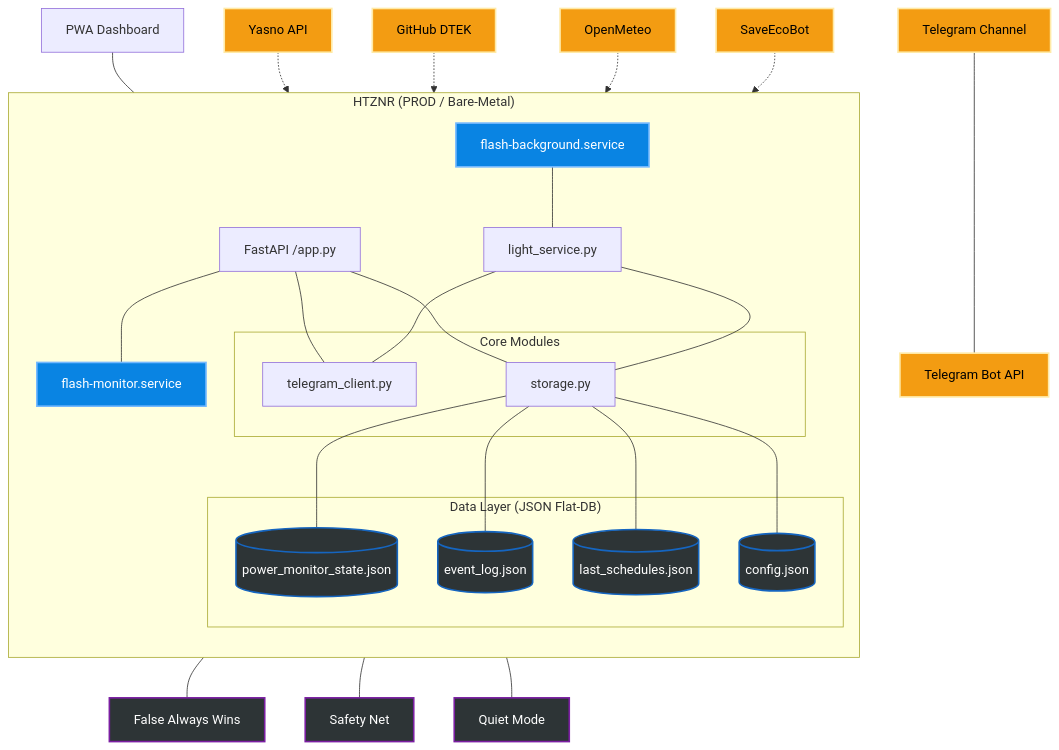
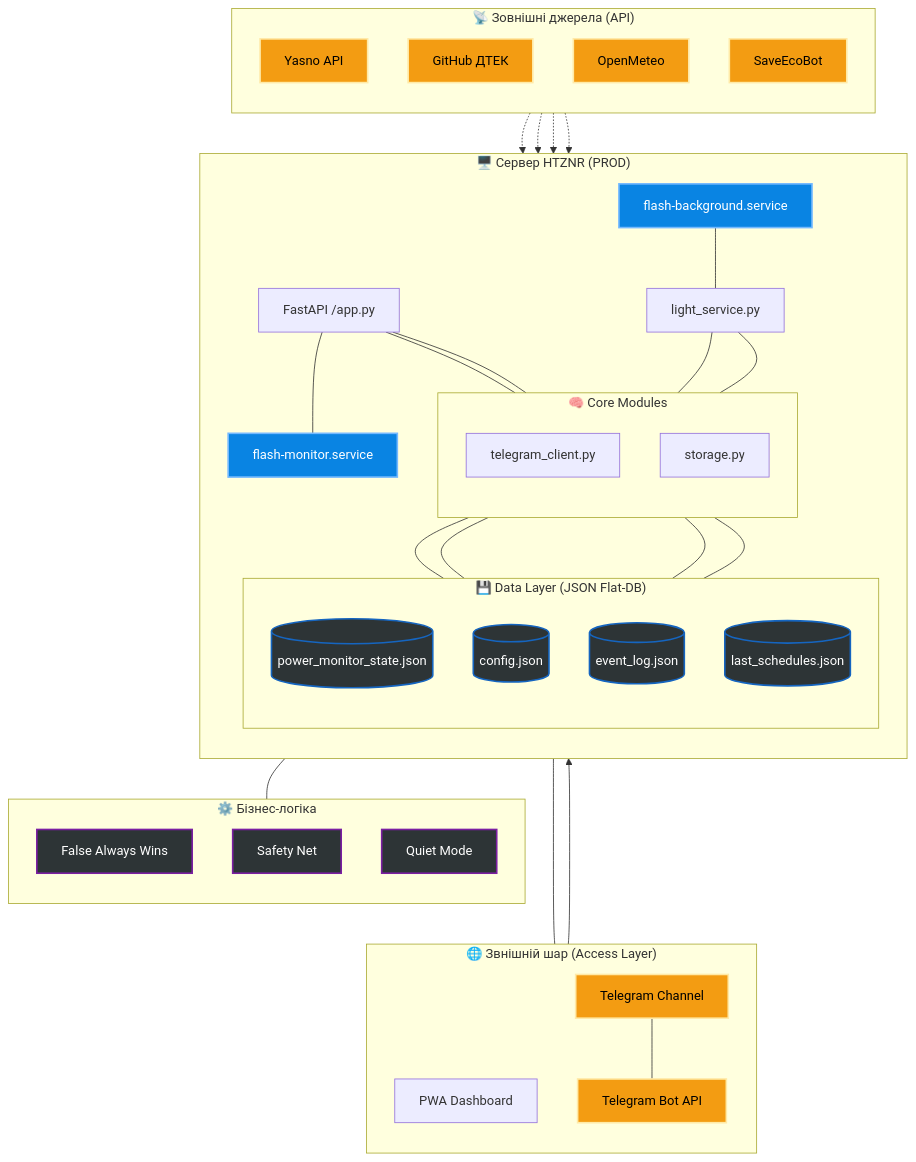
The diagram in README.md (weby-homelab/flash-monitor-kyiv), drawn with Mermaid before and after one commit. The commit also changed 1 other file, not shown here.

Commit message:
UI: Update system architecture diagram to vertical layout for better readability

```diff
--- a/README.md
+++ b/README.md
@@ -97,34 +97,41 @@
     classDef network fill:#00b894,stroke:#81ecec,stroke-width:2px,color:#fff
     classDef external fill:#f39c12,stroke:#ffeaa7,stroke-width:2px,color:#000
 
-    %% -- External & Access Layer --
-    TG[Telegram Channel] --- BOT[Telegram Bot API]
-    WEB[PWA Dashboard] --- API[FastAPI /app.py]
-    
-    subgraph "HTZNR (PROD / Bare-Metal)"
+    subgraph EXT ["🌐 Звнішній шар (Access Layer)"]
         direction TB
+        WEB[PWA Dashboard]
+        TG[Telegram Channel] --- BOT[Telegram Bot API]
+    end
+
+    subgraph PROD ["🖥️ Сервер HTZNR (PROD)"]
+        direction TB
+        
+        API[FastAPI /app.py]
         SVC[flash-monitor.service]
         BG[flash-background.service]
-        
-        API --- SVC
-        BG --- LMN[light_service.py]
-        
-        subgraph "Core Modules"
+        LMN[light_service.py]
+
+        subgraph Core ["🧠 Core Modules"]
+            direction TB
             TC[telegram_client.py]
             ST[storage.py]
         end
+        
+        subgraph Data ["💾 Data Layer (JSON Flat-DB)"]
+            direction TB
+            STATE[(power_monitor_state.json)]
+            CFG[(config.json)]
+            LOGS[(event_log.json)]
+            SCHED[(last_schedules.json)]
+        end
+        
+        API --- SVC
+        BG --- LMN
         
         LMN --- TC
         LMN --- ST
         API --- ST
         API --- TC
-        
-        subgraph "Data Layer (JSON Flat-DB)"
-            STATE[(power_monitor_state.json)]
-            CFG[(config.json)]
-            LOGS[(event_log.json)]
-            SCHED[(last_schedules.json)]
-        end
         
         ST --- STATE
         ST --- LOGS
@@ -132,16 +139,31 @@
         ST --- CFG
     end
 
-    %% -- External Sources --
-    YASNO[Yasno API] -.-> LMN
-    DTEK[GitHub DTEK] -.-> LMN
-    METEO[OpenMeteo] -.-> SVC
-    AQI[SaveEcoBot] -.-> SVC
+    subgraph Logic ["⚙️ Бізнес-логіка"]
+        direction TB
+        FN[False Always Wins]
+        SN[Safety Net]
+        QM[Quiet Mode]
+    end
 
-    %% -- Application Logic --
-    LMN --- FN[False Always Wins]
-    LMN --- SN[Safety Net]
-    LMN --- QM[Quiet Mode]
+    subgraph SRC ["📡 Зовнішні джерела (API)"]
+        direction TB
+        YASNO[Yasno API]
+        DTEK[GitHub ДТЕК]
+        METEO[OpenMeteo]
+        AQI[SaveEcoBot]
+    end
+
+    %% -- Connections between subgraphs --
+    WEB ---> API
+    TC --- BOT
+    
+    LMN --- Logic
+    
+    YASNO -.-> LMN
+    DTEK -.-> LMN
+    METEO -.-> SVC
+    AQI -.-> SVC
 
     class TG,BOT,YASNO,DTEK,METEO,AQI external
     class SVC,BG service
```
